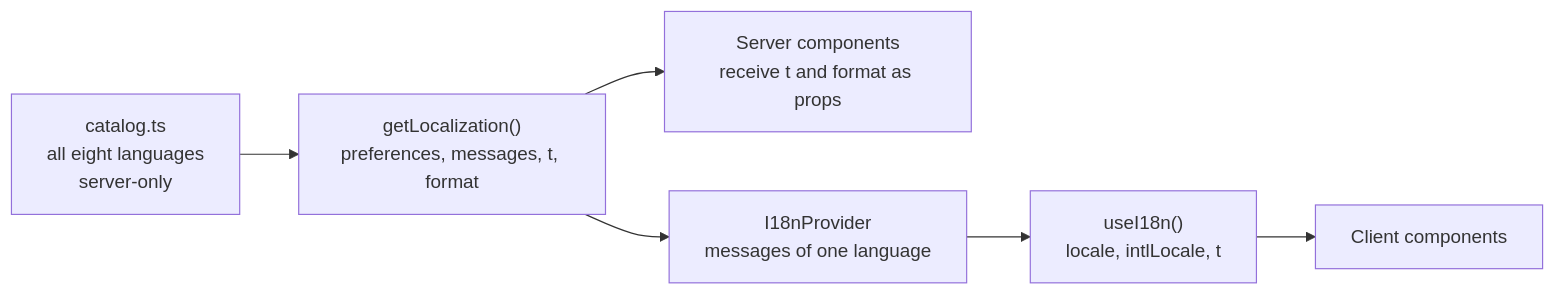
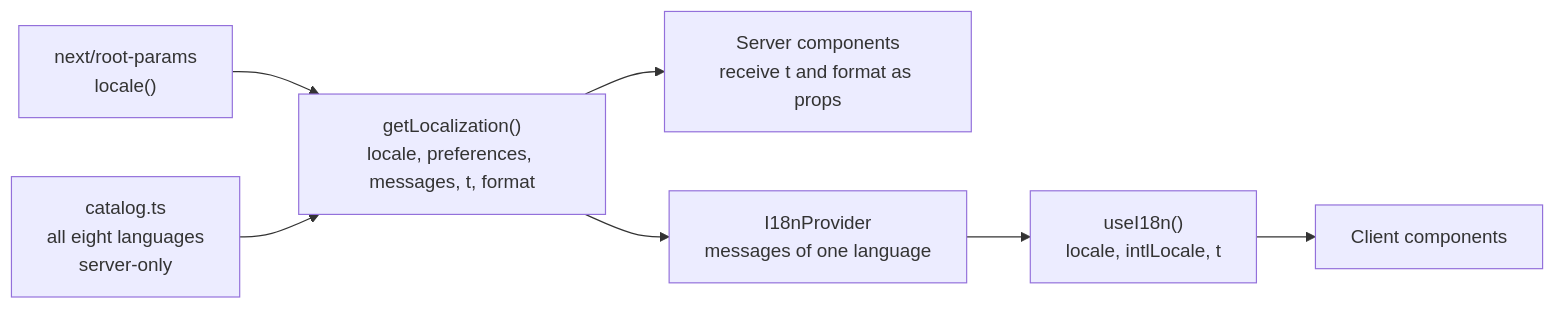
Before and after one commit to sacrificed666/next-weather-app: the second of 2 diagrams in docs/i18n.md, drawn with Mermaid. The commit also changed other lines of this file and 14 other files, not shown here.

````diff
--- a/docs/i18n.md
+++ b/docs/i18n.md
@@ -39,8 +48,9 @@
 ```mermaid
 flowchart LR
-  Catalog["catalog.ts<br/>all eight languages<br/>server-only"] --> Localization["getLocalization()<br/>preferences, messages, t, format"]
+  Root["next/root-params<br/>locale()"] --> Localization
+  Catalog["catalog.ts<br/>all eight languages<br/>server-only"] --> Localization["getLocalization()<br/>locale, preferences, messages, t, format"]
   Localization --> ServerComponents[Server components<br/>receive t and format as props]
   Localization --> Provider["I18nProvider<br/>messages of one language"]
   Provider --> Hook["useI18n()<br/>locale, intlLocale, t"]
   Hook --> ClientComponents[Client components]
 ```
````
